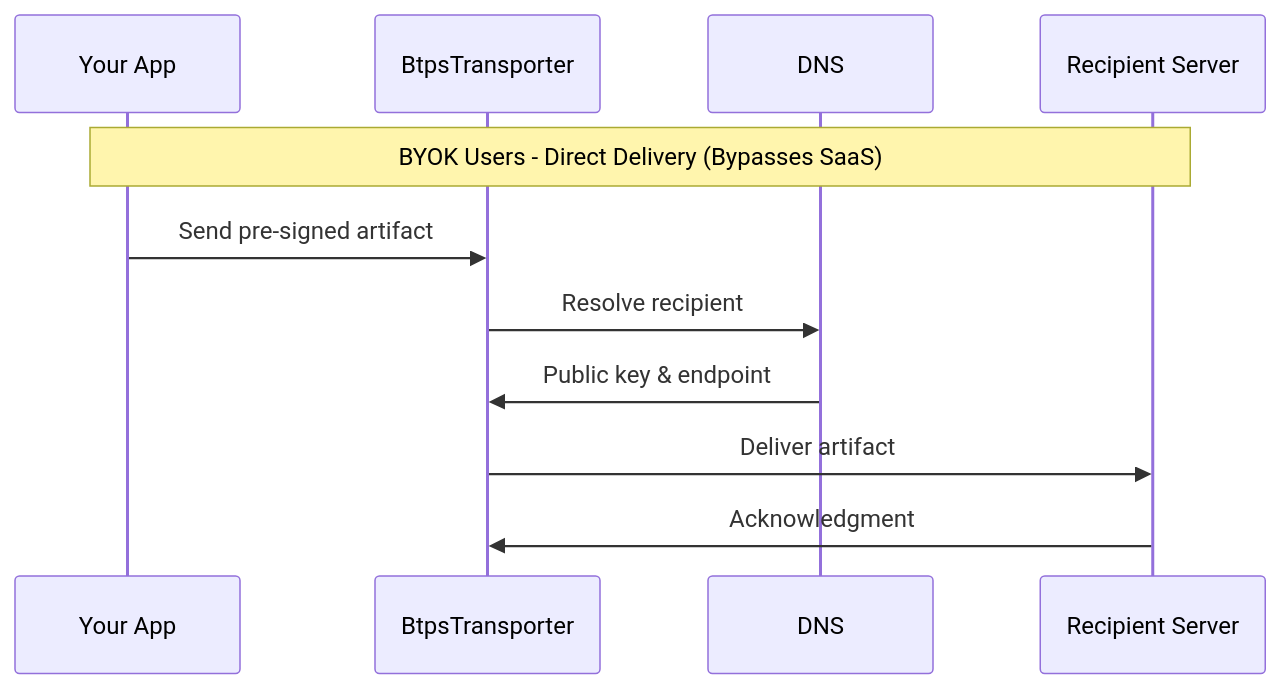
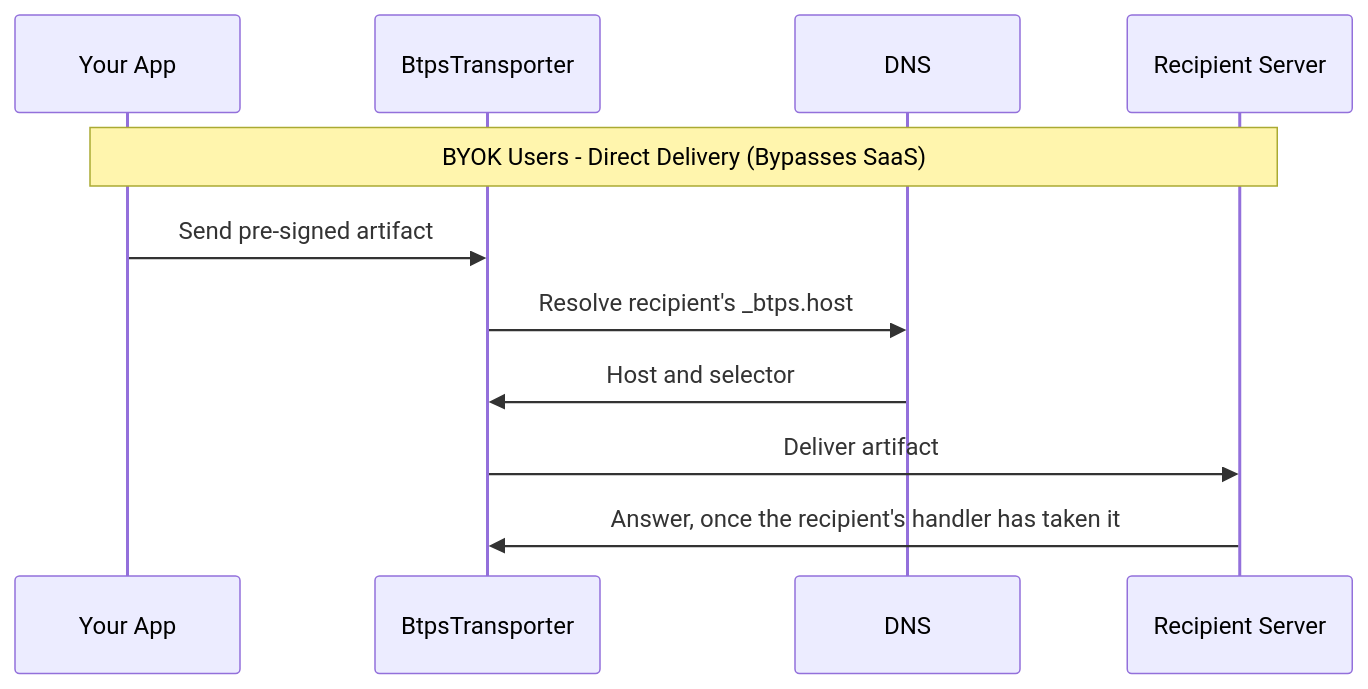
The third of 3 diagrams in docs/docusaurus/docs/getting-started/client/prerequisites.md (openbtps/btps-node), drawn with Mermaid before and after one commit. The commit also changed other lines of this file and 26 other files, not shown here.

First line of the commit message:
Docs: bring every diagram in line with 1.1

````diff
--- a/docs/docusaurus/docs/getting-started/client/prerequisites.md
+++ b/docs/docusaurus/docs/getting-started/client/prerequisites.md
@@ -168,14 +168,14 @@
 ```mermaid
 sequenceDiagram
     participant App as Your App
     participant Transporter as BtpsTransporter
     participant DNS as DNS
     participant Recipient as Recipient Server
 
     Note over App,Recipient: BYOK Users - Direct Delivery (Bypasses SaaS)
     App->>Transporter: Send pre-signed artifact
-    Transporter->>DNS: Resolve recipient
-    DNS->>Transporter: Public key & endpoint
+    Transporter->>DNS: Resolve recipient's _btps.host
+    DNS->>Transporter: Host and selector
     Transporter->>Recipient: Deliver artifact
-    Recipient->>Transporter: Acknowledgment
+    Recipient->>Transporter: Answer, once the recipient's handler has taken it
 ```
````
